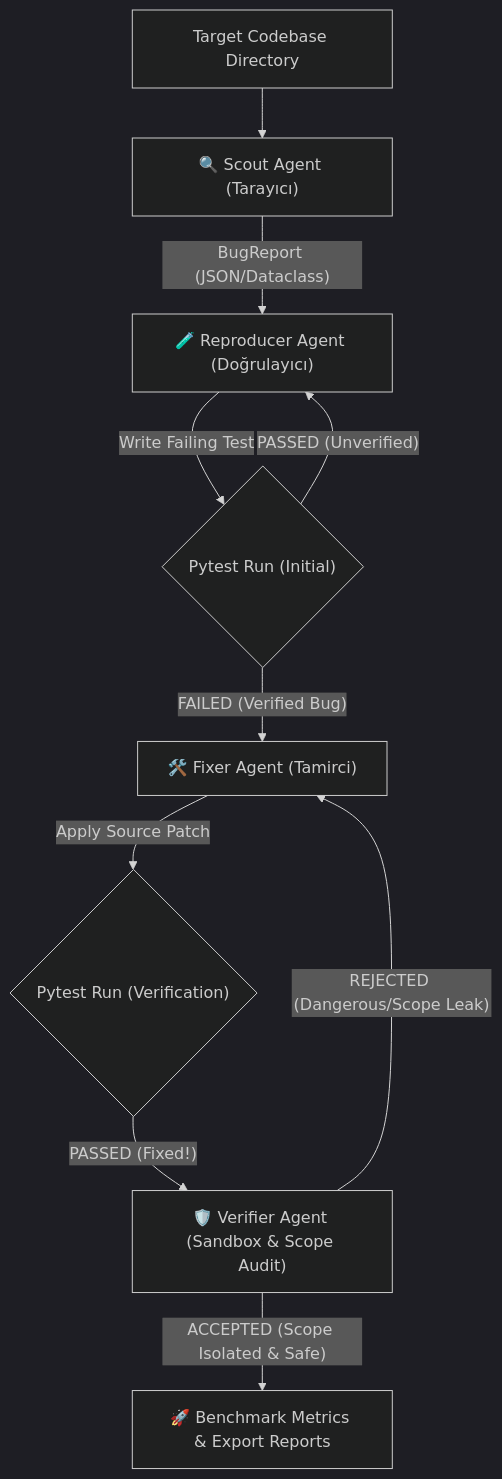
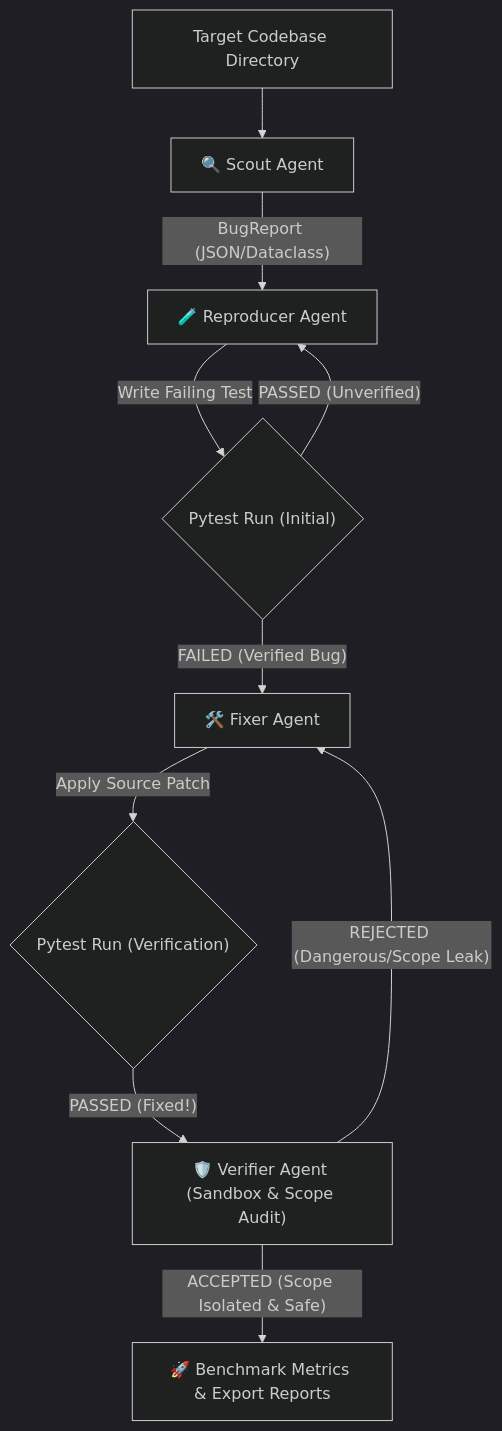
One commit to talhakaramavus/self_healing_bug_hunter changed the diagram in README.md. Above: the diagram before and after it, drawn with Mermaid (dark theme). The commit also changed other lines of this file and 2 other files, not shown here.

````diff
--- a/README.md
+++ b/README.md
@@ -28,12 +29,12 @@
 ```mermaid
 graph TD
-    A["Target Codebase Directory"] --> B["🔍 Scout Agent (Tarayıcı)"]
-    B -- "BugReport (JSON/Dataclass)" --> C["🧪 Reproducer Agent (Doğrulayıcı)"]
+    A["Target Codebase Directory"] --> B["🔍 Scout Agent"]
+    B -- "BugReport (JSON/Dataclass)" --> C["🧪 Reproducer Agent"]
     C -- "Write Failing Test" --> D{"Pytest Run (Initial)"}
-    D -- "FAILED (Verified Bug)" --> E["🛠️ Fixer Agent (Tamirci)"]
+    D -- "FAILED (Verified Bug)" --> E["🛠️ Fixer Agent"]
     D -- "PASSED (Unverified)" --> C
     E -- "Apply Source Patch" --> F{"Pytest Run (Verification)"}
     F -- "PASSED (Fixed!)" --> G["🛡️ Verifier Agent (Sandbox & Scope Audit)"]
     G -- "ACCEPTED (Scope Isolated & Safe)" --> H["🚀 Benchmark Metrics & Export Reports"]
     G -- "REJECTED (Dangerous/Scope Leak)" --> E
 ```
````
